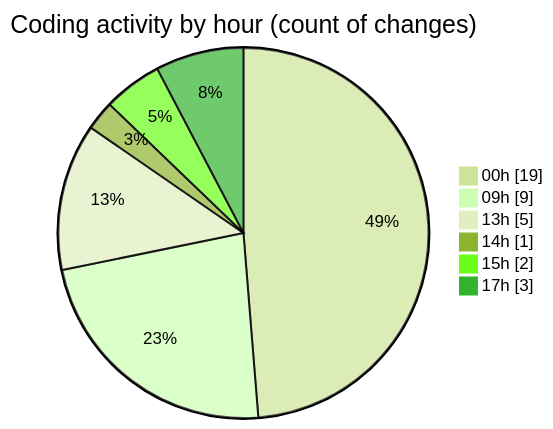
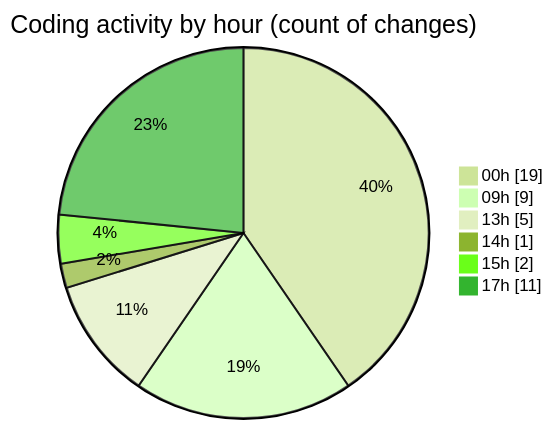
One commit to EIIisD/code-tracking changed the second of 2 diagrams in 2025-08-12/ribbon/README.md. Above: the diagram before and after it, drawn with Mermaid (forest theme). The commit also changed other lines of this file and 1 other file, not shown here.

````diff
--- a/2025-08-12/ribbon/README.md
+++ b/2025-08-12/ribbon/README.md
@@ -47,10 +48,10 @@
 ```mermaid
 pie showData
 title Coding activity by hour (count of changes)
 "00h" : 19
 "09h" : 9
 "13h" : 5
 "14h" : 1
 "15h" : 2
-"17h" : 3
+"17h" : 11
 ```
````
